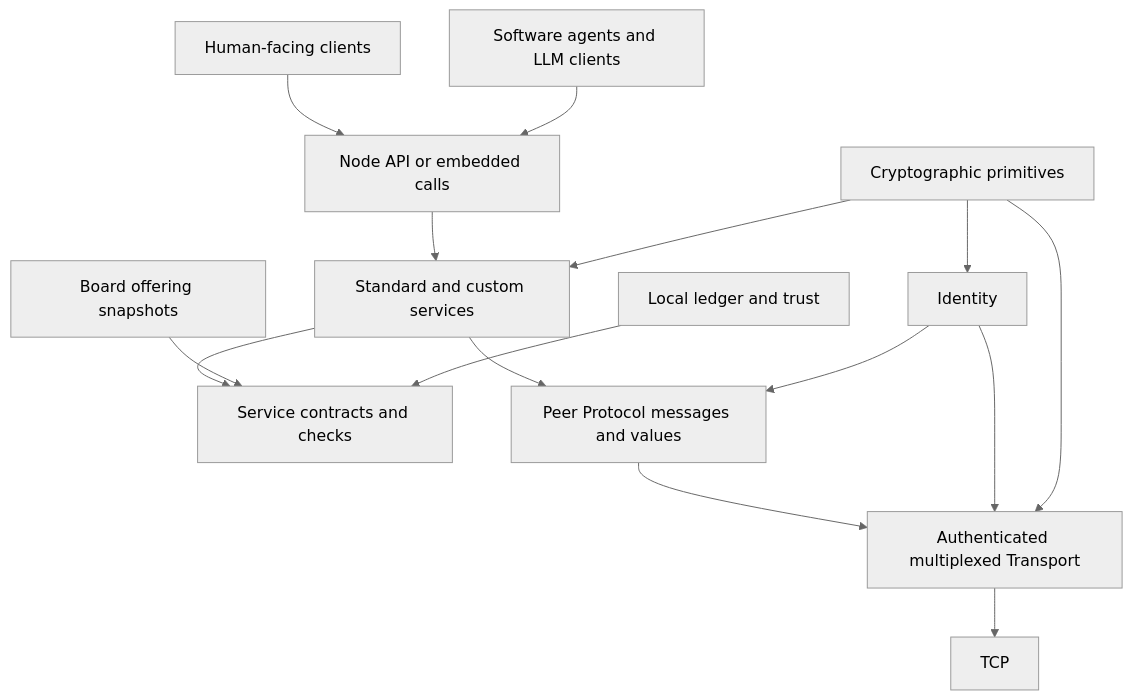
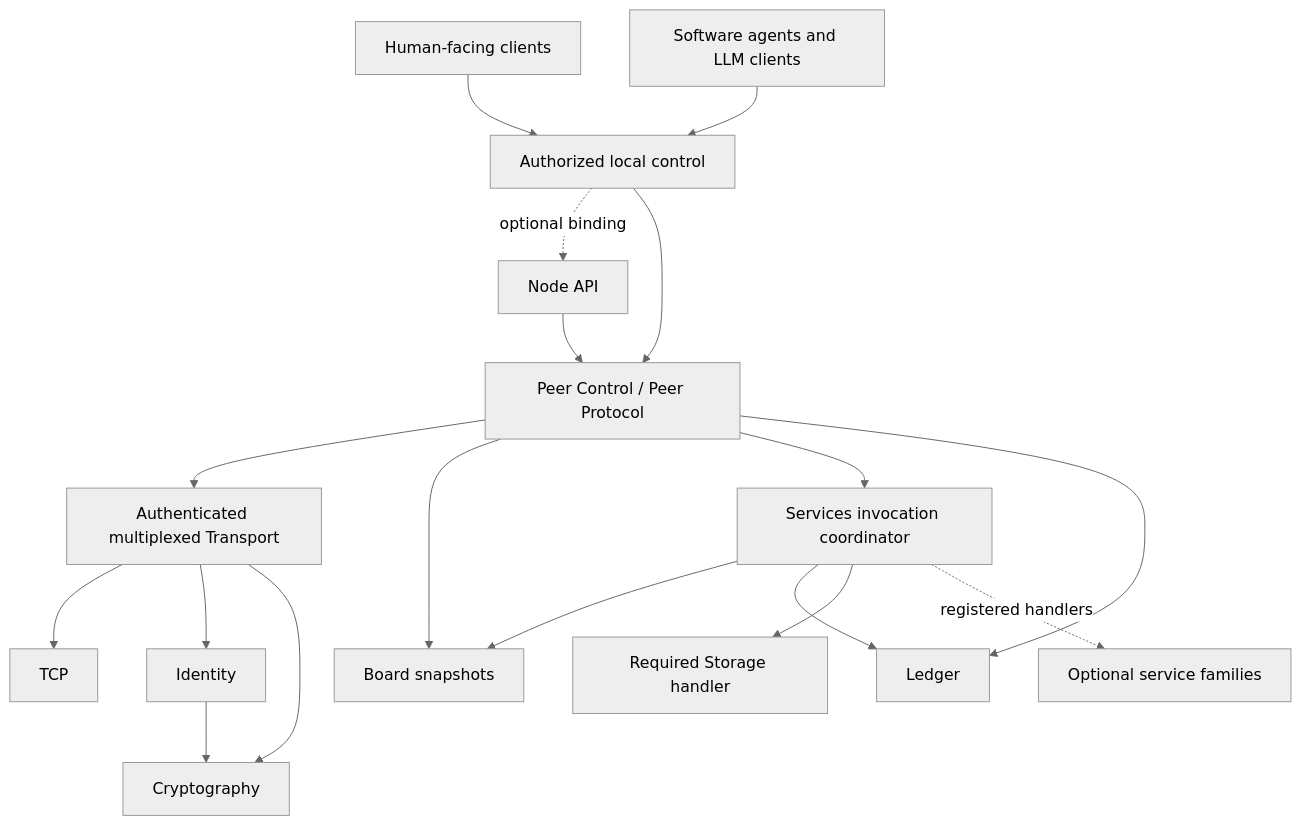
One commit to beothorn/CR2SE changed the first of 3 diagrams in Architecture.md. Above: the diagram before and after it, drawn with Mermaid (neutral theme). The commit also changed other lines of this file and 52 other files, not shown here.

First line of the commit message:
Define independent module contracts and minimum useful node profile

````diff
--- a/Architecture.md
+++ b/Architecture.md
@@ -13,17 +21,20 @@
 ```mermaid
 flowchart TB
-    Humans[Human-facing clients] --> API[Node API or embedded calls]
-    Agents[Software agents and LLM clients] --> API
-    API --> Standard[Standard and custom services]
-    Standard --> ServiceRules[Service contracts and checks]
-    Standard --> Peer[Peer Protocol messages and values]
+    Humans[Human-facing clients] --> Local[Authorized local control]
+    Agents[Software agents and LLM clients] --> Local
+    Local -. optional binding .-> API[Node API]
+    Local --> Peer[Peer Control / Peer Protocol]
+    API --> Peer
     Peer --> Transport[Authenticated multiplexed Transport]
     Transport --> TCP[TCP]
-    Board[Board offering snapshots] --> ServiceRules
-    Ledger[Local ledger and trust] --> ServiceRules
-    Identity[Identity] --> Peer
-    Identity --> Transport
-    Crypto[Cryptographic primitives] --> Identity
-    Crypto --> Transport
-    Crypto --> Standard
+    Peer --> Board[Board snapshots]
+    Peer --> ServiceRules[Services invocation coordinator]
+    Peer --> Ledger[Ledger]
+    ServiceRules --> Board
+    ServiceRules --> Ledger
+    ServiceRules --> Storage[Required Storage handler]
+    ServiceRules -. registered handlers .-> Optional[Optional service families]
+    Transport --> Identity[Identity]
+    Identity --> Crypto[Cryptography]
+    Transport --> Crypto
 ```
````
